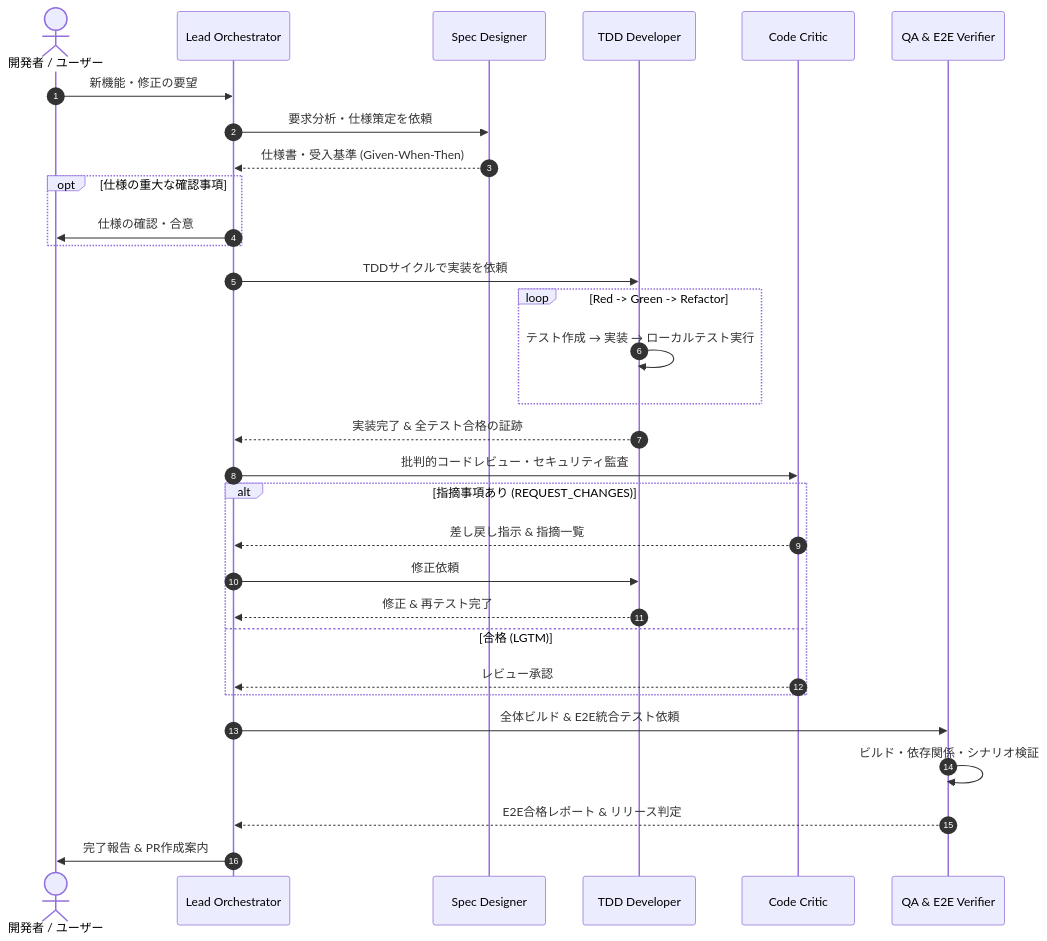
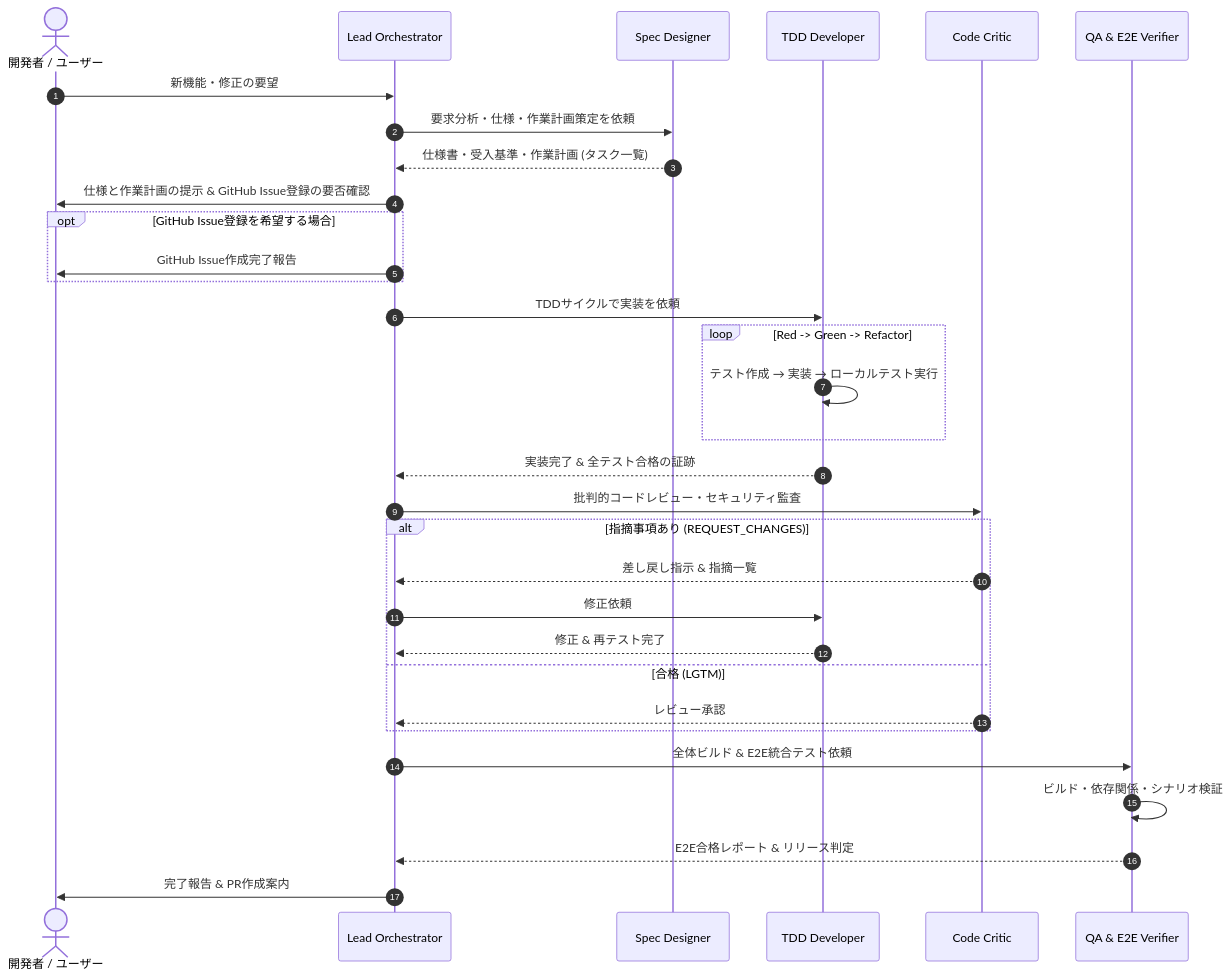
One commit to adanas/ai-driven-dev-agents changed the diagram in .agent/README.md. Above: the diagram before and after it, drawn with Mermaid. The commit also changed 2 other files, not shown here.

Commit message:
docs: add GitHub Issue registration confirmation step to orchestrator workflow

````diff
--- a/.agent/README.md
+++ b/.agent/README.md
@@ -21,37 +21,38 @@
 ```mermaid
 sequenceDiagram
     autonumber
     actor User as 開発者 / ユーザー
     participant Orchestrator as Lead Orchestrator
     participant Spec as Spec Designer
     participant Dev as TDD Developer
     participant Critic as Code Critic
     participant QA as QA & E2E Verifier
 
     User->>Orchestrator: 新機能・修正の要望
-    Orchestrator->>Spec: 要求分析・仕様策定を依頼
-    Spec-->>Orchestrator: 仕様書・受入基準 (Given-When-Then)
-    opt 仕様の重大な確認事項
-        Orchestrator->>User: 仕様の確認・合意
+    Orchestrator->>Spec: 要求分析・仕様・作業計画策定を依頼
+    Spec-->>Orchestrator: 仕様書・受入基準・作業計画 (タスク一覧)
+    Orchestrator->>User: 仕様と作業計画の提示 & GitHub Issue登録の要否確認
+    opt GitHub Issue登録を希望する場合
+        Orchestrator->>User: GitHub Issue作成完了報告
     end
 
     Orchestrator->>Dev: TDDサイクルで実装を依頼
     loop Red -> Green -> Refactor
         Dev->>Dev: テスト作成 → 実装 → ローカルテスト実行
     end
     Dev-->>Orchestrator: 実装完了 & 全テスト合格の証跡
 
     Orchestrator->>Critic: 批判的コードレビュー・セキュリティ監査
     alt 指摘事項あり (REQUEST_CHANGES)
         Critic-->>Orchestrator: 差し戻し指示 & 指摘一覧
         Orchestrator->>Dev: 修正依頼
         Dev-->>Orchestrator: 修正 & 再テスト完了
     else 合格 (LGTM)
         Critic-->>Orchestrator: レビュー承認
     end
 
     Orchestrator->>QA: 全体ビルド & E2E統合テスト依頼
     QA->>QA: ビルド・依存関係・シナリオ検証
     QA-->>Orchestrator: E2E合格レポート & リリース判定
     Orchestrator->>User: 完了報告 & PR作成案内
 ```
````
